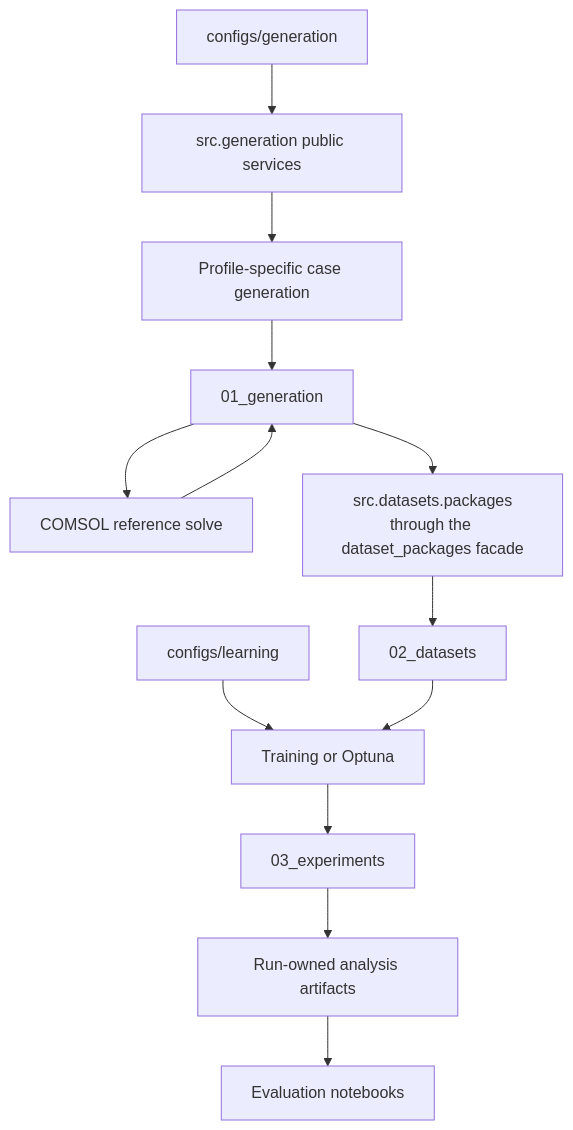
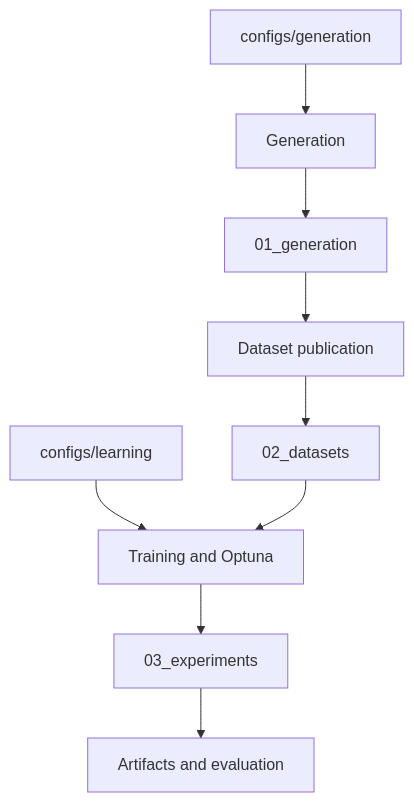
One commit to Rinovative/grainlegumes-pino-drying changed the second of 2 diagrams in README.md. Above: the diagram before and after it, drawn with Mermaid. The commit also changed other lines of this file and 2 other files, not shown here.

Commit message:
docs: streamline Generation guidance - shorten the operations guide around the normal user workflow - keep scientific references focused on stable definitions and assumptions - remove derived configuration snapshots and duplicated implementation detail

````diff
--- a/README.md
+++ b/README.md
@@ -74,15 +67,11 @@
 ```mermaid
 flowchart TD
-    CG[configs/generation] --> P[src.generation public services]
-    P --> M[Profile-specific case generation]
-    M --> G[01_generation]
-    G --> C[COMSOL reference solve]
-    C --> G
-    G --> B[src.datasets.packages<br/>through the dataset_packages facade]
-    B --> D[02_datasets]
-    CL[configs/learning] --> T[Training or Optuna]
-    D --> T
+    C[configs/generation] --> G[Generation]
+    G --> S[01_generation]
+    S --> D[Dataset publication]
+    D --> P[02_datasets]
+    L[configs/learning] --> T[Training and Optuna]
+    P --> T
     T --> E[03_experiments]
-    E --> A[Run-owned analysis artifacts]
-    A --> N[Evaluation notebooks]
+    E --> A[Artifacts and evaluation]
 ```
````
